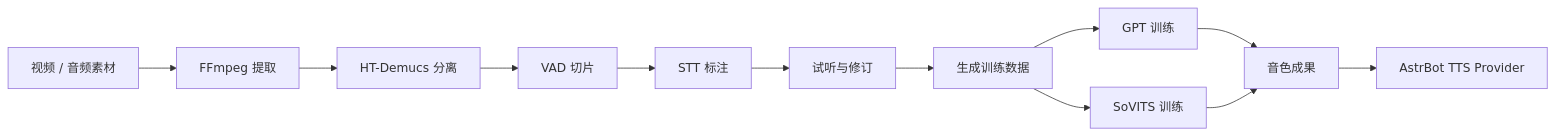
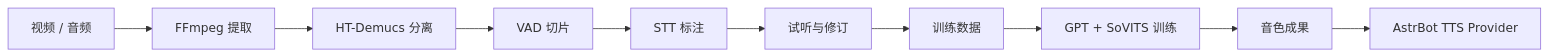
One commit to TKGEKKOU/astrbot_plugin_voice_clone_flow changed the second of 2 diagrams in README.md. Above: the diagram before and after it, drawn with Mermaid. The commit also changed other lines of this file and 2 other files, not shown here.

````diff
--- a/README.md
+++ b/README.md
@@ -119,26 +134,12 @@
 ```mermaid
 flowchart LR
-    Source["视频 / 音频素材"]
-    Extract["FFmpeg 提取"]
-    Separate["HT-Demucs 分离"]
-    Segment["VAD 切片"]
-    Transcribe["STT 标注"]
-    Review["试听与修订"]
-    Export["生成训练数据"]
-    TrainGPT["GPT 训练"]
-    TrainSoVITS["SoVITS 训练"]
-    Voice["音色成果"]
-    Provider["AstrBot TTS Provider"]
-
-    Source --> Extract
-    Extract --> Separate
-    Separate --> Segment
-    Segment --> Transcribe
-    Transcribe --> Review
-    Review --> Export
-    Export --> TrainGPT
-    Export --> TrainSoVITS
-    TrainGPT --> Voice
-    TrainSoVITS --> Voice
-    Voice --> Provider
+    Source["视频 / 音频"] --> Extract["FFmpeg 提取"]
+    Extract --> Separate["HT-Demucs 分离"]
+    Separate --> Segment["VAD 切片"]
+    Segment --> Transcribe["STT 标注"]
+    Transcribe --> Review["试听与修订"]
+    Review --> Dataset["训练数据"]
+    Dataset --> Train["GPT + SoVITS 训练"]
+    Train --> Voice["音色成果"]
+    Voice --> Provider["AstrBot TTS Provider"]
 ```
````
